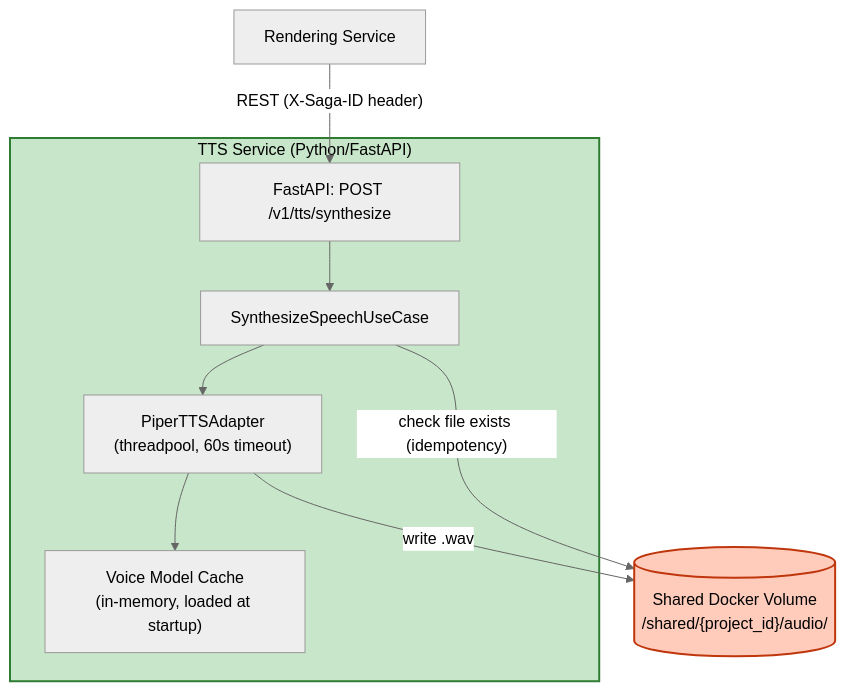
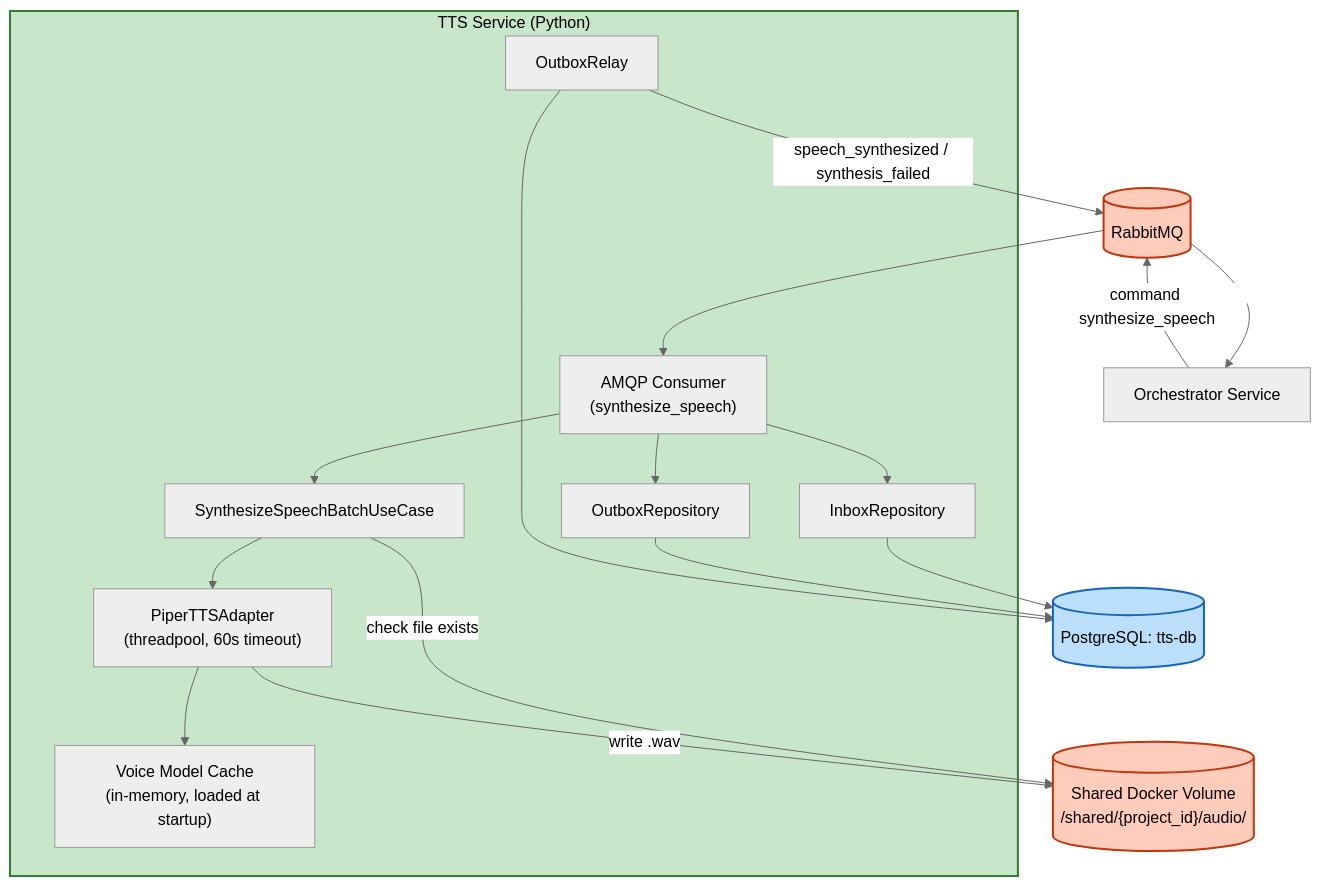
The diagram in aidlc-docs/construction/tts-service/nfr-design/logical-components.md (ngoc31031997/ConceptFlow), drawn with Mermaid (neutral theme) before and after one commit. The commit also changed other lines of this file and 39 other files, not shown here.

First line of the commit message:
Unit 3 (TTS Service): convert to message-driven + retrofit Postgres Inbox/Outbox

````diff
--- a/aidlc-docs/construction/tts-service/nfr-design/logical-components.md
+++ b/aidlc-docs/construction/tts-service/nfr-design/logical-components.md
@@ -16,22 +21,37 @@
 ```mermaid
 flowchart TB
-    subgraph Unit3["TTS Service (Python/FastAPI)"]
-        API["FastAPI: POST /v1/tts/synthesize"]
-        UC["SynthesizeSpeechUseCase"]
+    subgraph Unit3["TTS Service (Python)"]
+        CONSUMER["AMQP Consumer<br/>(synthesize_speech)"]
+        UC["SynthesizeSpeechBatchUseCase"]
         ADAPTER["PiperTTSAdapter<br/>(threadpool, 60s timeout)"]
         CACHE["Voice Model Cache<br/>(in-memory, loaded at startup)"]
+        INBOX["InboxRepository"]
+        OUTBOX["OutboxRepository"]
+        RELAY["OutboxRelay"]
     end
 
-    RD["Rendering Service"]
+    ORCH["Orchestrator Service"]
+    MQ[("RabbitMQ")]
+    DB[("PostgreSQL: tts-db")]
     FS[("Shared Docker Volume<br/>/shared/{project_id}/audio/")]
 
-    RD -->|"REST (X-Saga-ID header)"| API
-    API --> UC
-    UC -->|"check file exists (idempotency)"| FS
+    ORCH -->|command synthesize_speech| MQ
+    MQ --> CONSUMER
+    CONSUMER --> INBOX
+    INBOX --> DB
+    CONSUMER --> UC
+    UC -->|check file exists| FS
     UC --> ADAPTER
     ADAPTER --> CACHE
-    ADAPTER -->|"write .wav"| FS
+    ADAPTER -->|write .wav| FS
+    CONSUMER --> OUTBOX
+    OUTBOX --> DB
+    RELAY --> DB
+    RELAY -->|speech_synthesized / synthesis_failed| MQ
+    MQ --> ORCH
 
     style Unit3 fill:#C8E6C9,stroke:#2E7D32,stroke-width:2px,color:#000
+    style MQ fill:#FFCCBC,stroke:#BF360C,stroke-width:2px,color:#000
+    style DB fill:#BBDEFB,stroke:#1565C0,stroke-width:2px,color:#000
     style FS fill:#FFCCBC,stroke:#BF360C,stroke-width:2px,color:#000
 ```
````
